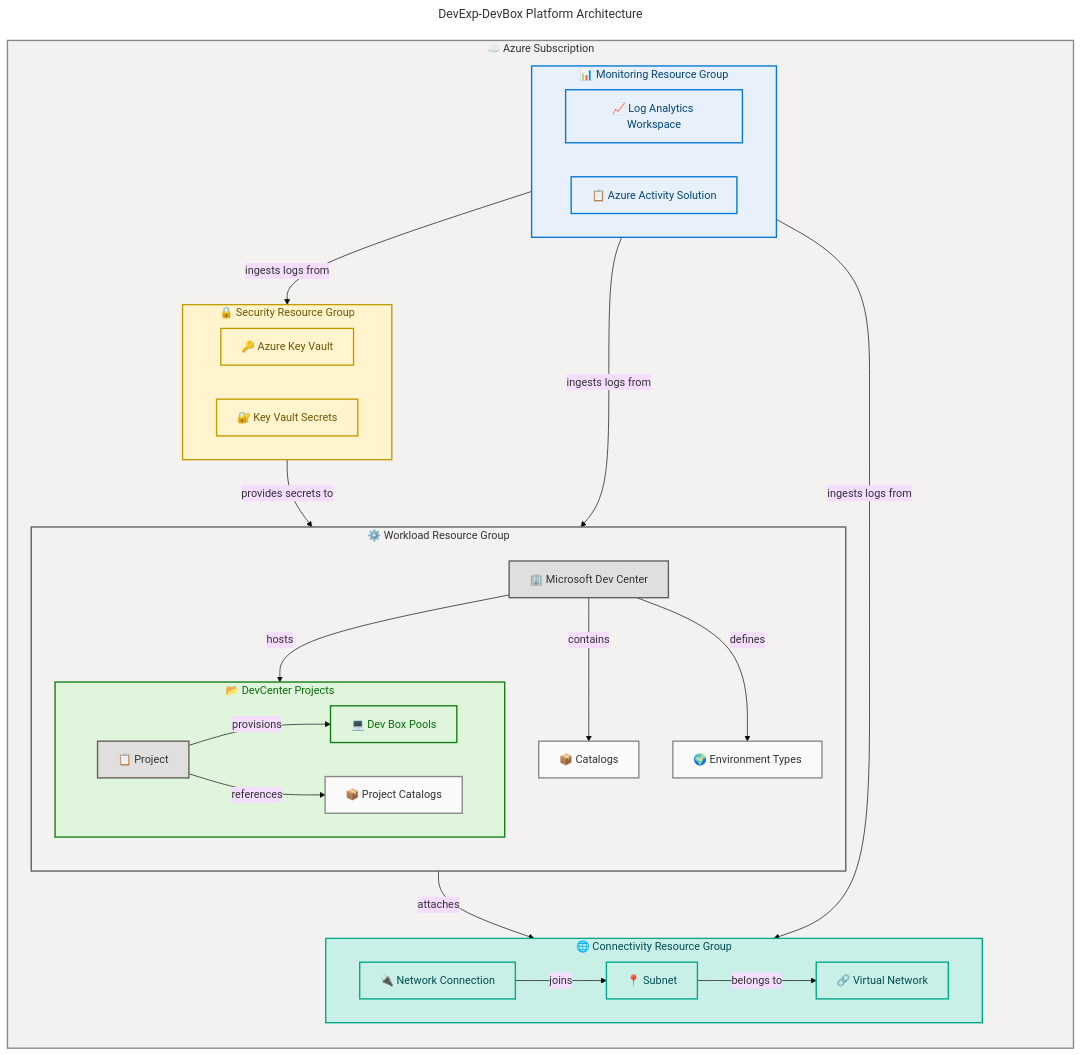
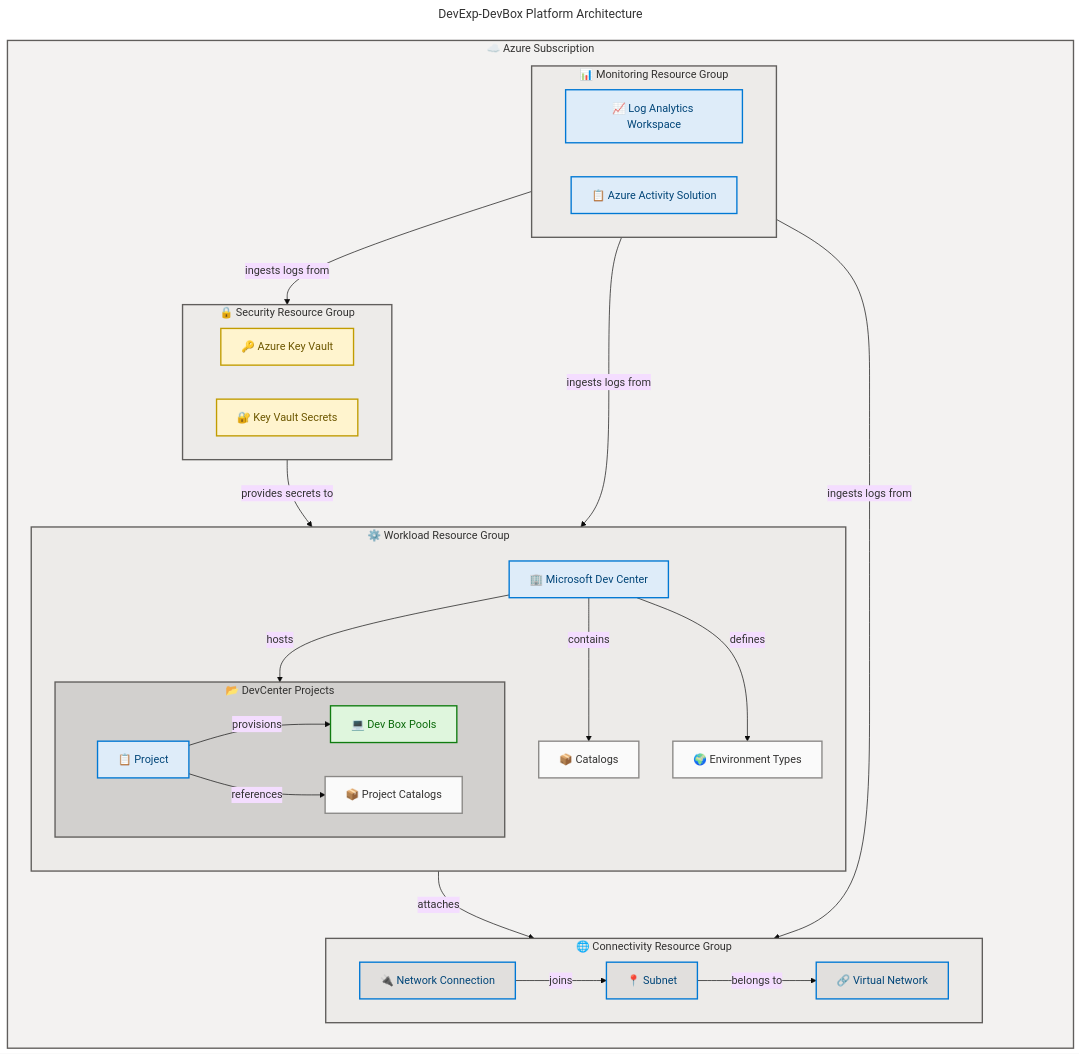
One commit to Evilazaro/DevExp-DevBox changed the first of 2 diagrams in README.md. Above: the diagram before and after it, drawn with Mermaid. The commit also changed other lines of this file, not shown here.

````diff
--- a/README.md
+++ b/README.md
@@ -98,11 +97,10 @@
     %% ═══════════════════════════════════════════════════════════════════════════
 
     %% COLOR DOCUMENTATION
-    %% core (#E1DFDD) — API/Service layers, DevCenter compute resources
+    %% core (#DEECF9) — Process/API layers (DevCenter, projects, monitoring)
     %% success (#DFF6DD) — Deployment pools, provisioned resources
     %% warning (#FFF4CE) — Security-sensitive resources (Key Vault, secrets)
-    %% data (#E8F1FB) — Monitoring and analytics (Log Analytics)
-    %% network (#C8F0E7) — Networking infrastructure (VNet, subnet, connections)
+    %% data (#E1DFDD) — Network/external infrastructure (VNet, subnet)
     %% neutral (#FAFAFA) — Non-semantic supporting elements (catalogs, env types)
 
     subgraph subscription["☁️ Azure Subscription"]
@@ -110,8 +108,8 @@
 
         subgraph monitoring["📊 Monitoring Resource Group"]
             direction LR
-            logAnalytics["📈 Log Analytics Workspace"]:::data
-            activitySolution["📋 Azure Activity Solution"]:::data
+            logAnalytics["📈 Log Analytics Workspace"]:::core
+            activitySolution["📋 Azure Activity Solution"]:::core
         end
 
         subgraph security["🔒 Security Resource Group"]
@@ -136,9 +134,9 @@
 
         subgraph connectivity["🌐 Connectivity Resource Group"]
             direction LR
-            vnet["🔗 Virtual Network"]:::network
-            subnet["📍 Subnet"]:::network
-            networkConn["🔌 Network Connection"]:::network
+            vnet["🔗 Virtual Network"]:::data
+            subnet["📍 Subnet"]:::data
+            networkConn["🔌 Network Connection"]:::data
         end
     end
 
@@ -155,17 +153,18 @@
     networkConn -->|"joins"| subnet
     subnet -->|"belongs to"| vnet
 
-    style subscription fill:#F3F2F1,stroke:#8A8886,stroke-width:2px,color:#323130
-    style monitoring fill:#E8F1FB,stroke:#0078D4,stroke-width:2px,color:#004578
-    style security fill:#FFF4CE,stroke:#C19C00,stroke-width:2px,color:#6D5700
-    style workload fill:#F3F2F1,stroke:#605E5C,stroke-width:2px,color:#323130
-    style projects fill:#DFF6DD,stroke:#107C10,stroke-width:2px,color:#0B6A0B
-    style connectivity fill:#C8F0E7,stroke:#00A889,stroke-width:2px,color:#004B50
+    %% SUBGRAPH STYLING — hierarchical neutral fills (6 subgraphs = 6 style directives)
+    style subscription fill:#F3F2F1,stroke:#605E5C,stroke-width:2px,color:#323130
+    style monitoring fill:#EDEBE9,stroke:#605E5C,stroke-width:2px,color:#323130
+    style security fill:#EDEBE9,stroke:#605E5C,stroke-width:2px,color:#323130
+    style workload fill:#EDEBE9,stroke:#605E5C,stroke-width:2px,color:#323130
+    style projects fill:#D2D0CE,stroke:#605E5C,stroke-width:2px,color:#323130
+    style connectivity fill:#EDEBE9,stroke:#605E5C,stroke-width:2px,color:#323130
 
-    classDef core fill:#E1DFDD,stroke:#605E5C,stroke-width:2px,color:#323130
+    %% Centralized classDef palette (canonical — max 5 semantic classes)
+    classDef core fill:#DEECF9,stroke:#0078D4,stroke-width:2px,color:#004578
     classDef success fill:#DFF6DD,stroke:#107C10,stroke-width:2px,color:#0B6A0B
     classDef warning fill:#FFF4CE,stroke:#C19C00,stroke-width:2px,color:#6D5700
-    classDef data fill:#E8F1FB,stroke:#0078D4,stroke-width:2px,color:#004578
-    classDef network fill:#C8F0E7,stroke:#00A889,stroke-width:2px,color:#004B50
+    classDef data fill:#E1DFDD,stroke:#0078D4,stroke-width:2px,color:#004578
     classDef neutral fill:#FAFAFA,stroke:#8A8886,stroke-width:2px,color:#323130
 ```
````
